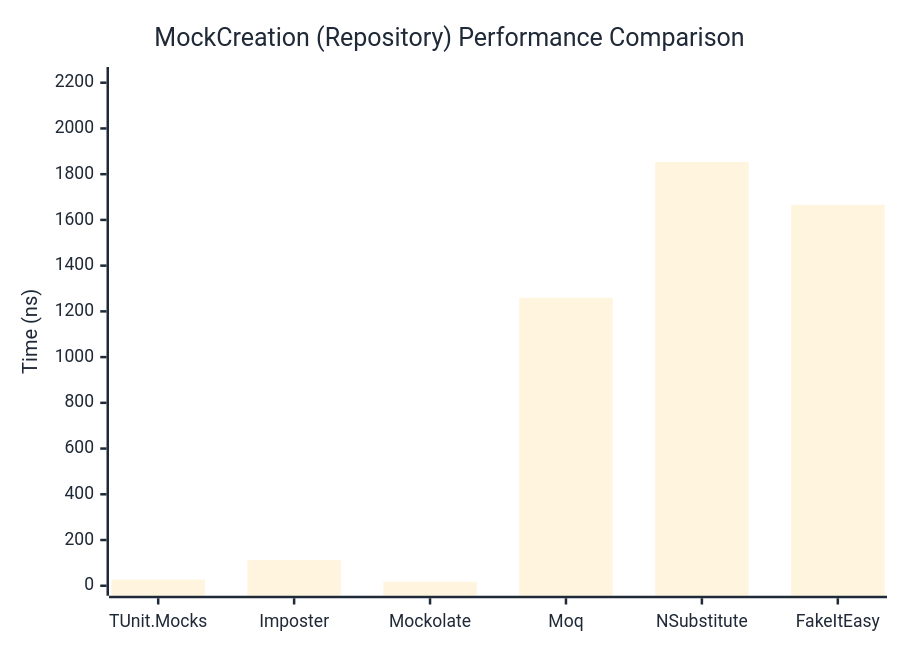
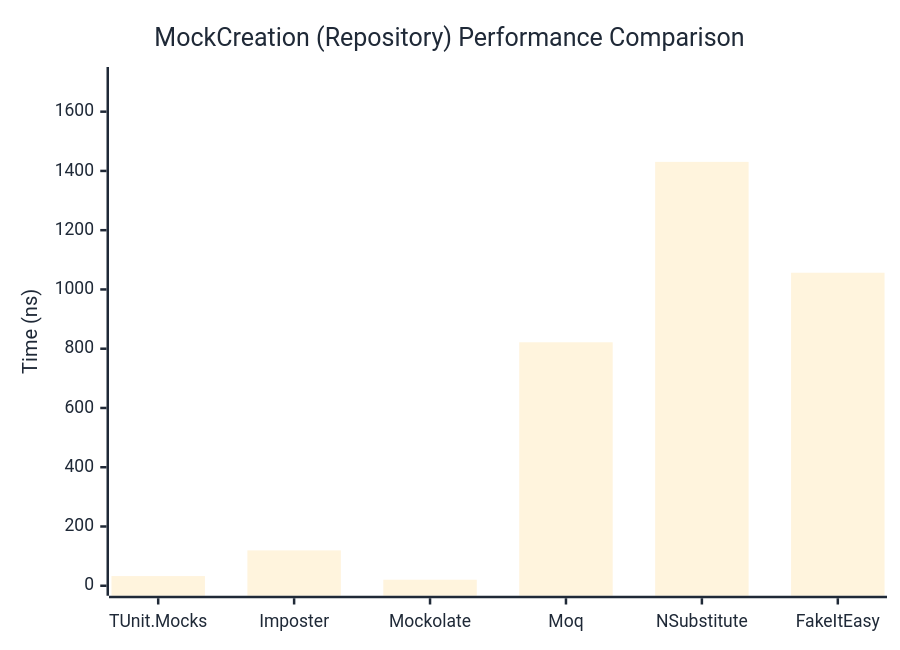
The second of 2 diagrams in docs/docs/benchmarks/mocks/MockCreation.md (thomhurst/TUnit), drawn with Mermaid before and after one commit. The commit also changed other lines of this file and 14 other files, not shown here.

````diff
--- a/docs/docs/benchmarks/mocks/MockCreation.md
+++ b/docs/docs/benchmarks/mocks/MockCreation.md
@@ -71,27 +71,27 @@
 ```mermaid
 %%{init: {
   'theme':'base',
   'themeVariables': {
     'primaryColor': '#2563eb',
     'primaryTextColor': '#1f2937',
     'primaryBorderColor': '#1e40af',
     'lineColor': '#6b7280',
     'secondaryColor': '#7c3aed',
     'tertiaryColor': '#dc2626',
     'background': '#ffffff',
     'pie1': '#2563eb',
     'pie2': '#7c3aed',
     'pie3': '#dc2626',
     'pie4': '#f59e0b',
     'pie5': '#10b981',
     'pie6': '#06b6d4',
     'pie7': '#ec4899',
     'pie8': '#6366f1'
   }
 }}%%
 xychart-beta
   title "MockCreation (Repository) Performance Comparison"
   x-axis ["TUnit.Mocks", "Imposter", "Mockolate", "Moq", "NSubstitute", "FakeItEasy"]
-  y-axis "Time (ns)" 0 --> 2225
-  bar [26.87, 111.92, 17.6, 1259.36, 1853.36, 1665.7]
+  y-axis "Time (ns)" 0 --> 1717
+  bar [32.69, 119.33, 20.36, 821.66, 1430.57, 1056.41]
 ```
````
